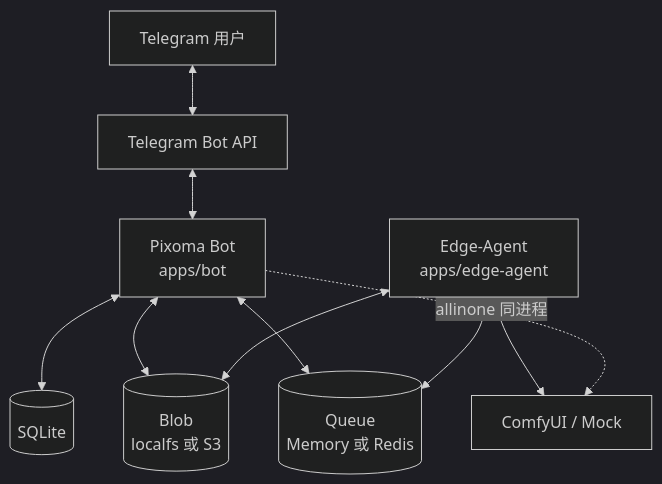
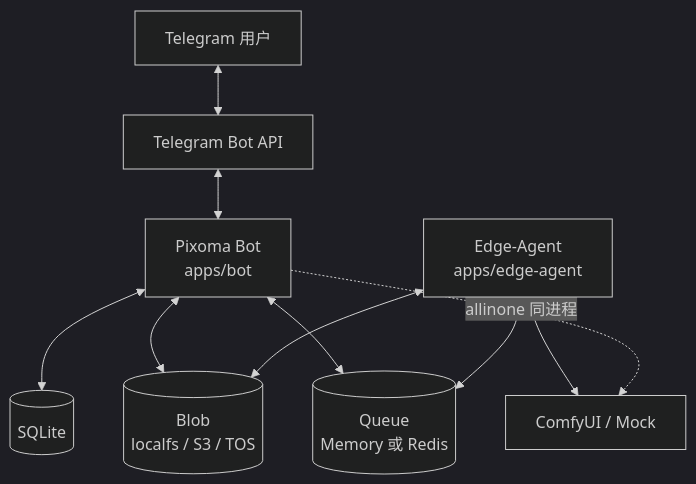
One commit to Mr9esx/Pixoma changed the diagram in docs/architecture/overview.md. Above: the diagram before and after it, drawn with Mermaid (dark theme). The commit also changed other lines of this file and 4 other files, not shown here.

Commit message:
docs(architecture): document TOS as split blob driver option

````diff
--- a/docs/architecture/overview.md
+++ b/docs/architecture/overview.md
@@ -12,21 +12,21 @@
 ```mermaid
 flowchart TB
   U[Telegram 用户]
   TG[Telegram Bot API]
   BOT[Pixoma Bot<br/>apps/bot]
   EDGE[Edge-Agent<br/>apps/edge-agent]
   DB[(SQLite)]
-  BLOB[(Blob<br/>localfs 或 S3)]
+  BLOB[(Blob<br/>localfs / S3 / TOS)]
   MQ[(Queue<br/>Memory 或 Redis)]
   C1[ComfyUI / Mock]
 
   U <--> TG
   TG <--> BOT
   BOT <--> DB
   BOT <--> BLOB
   BOT <--> MQ
   EDGE <--> MQ
   EDGE <--> BLOB
   EDGE <--> C1
   BOT -.->|allinone 同进程| C1
 ```
````
